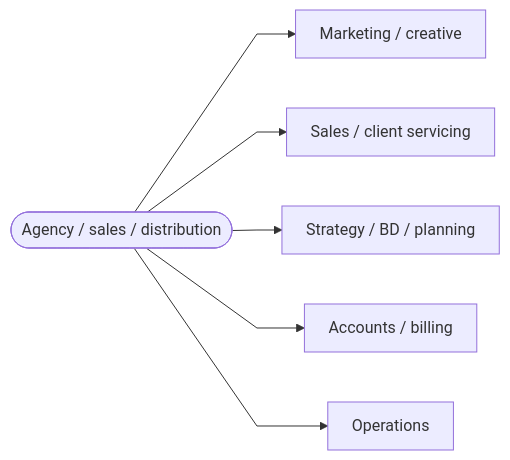
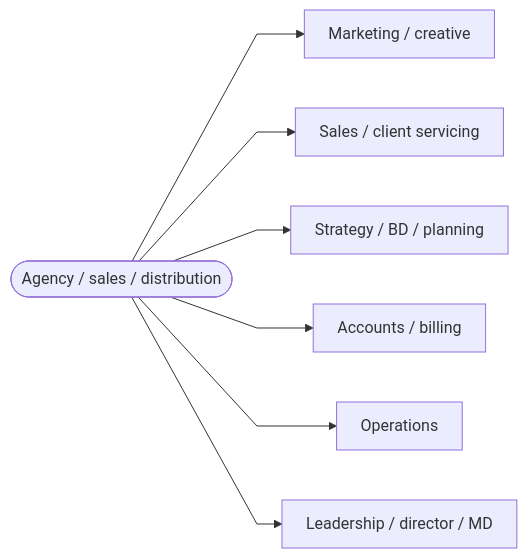
Before and after one commit to shmukit/10MS_AI-GG: the diagram in docs/decision-tree-charts/02-roles-agency.mmd, drawn with Mermaid. The commit also changed 32 other files, not shown here.

```diff
--- a/docs/decision-tree-charts/02-roles-agency.mmd
+++ b/docs/decision-tree-charts/02-roles-agency.mmd
@@ -1,8 +1,9 @@
 %%{init: {"flowchart": {"curve": "linear", "padding": 12}} }%%
 flowchart LR
   hub_agency(["Agency / sales / distribution"])
   hub_agency --> agency_r0["Marketing / creative"]
   hub_agency --> agency_r1["Sales / client servicing"]
   hub_agency --> agency_r2["Strategy / BD / planning"]
   hub_agency --> agency_r3["Accounts / billing"]
   hub_agency --> agency_r4["Operations"]
+  hub_agency --> agency_r5["Leadership / director / MD"]
```
